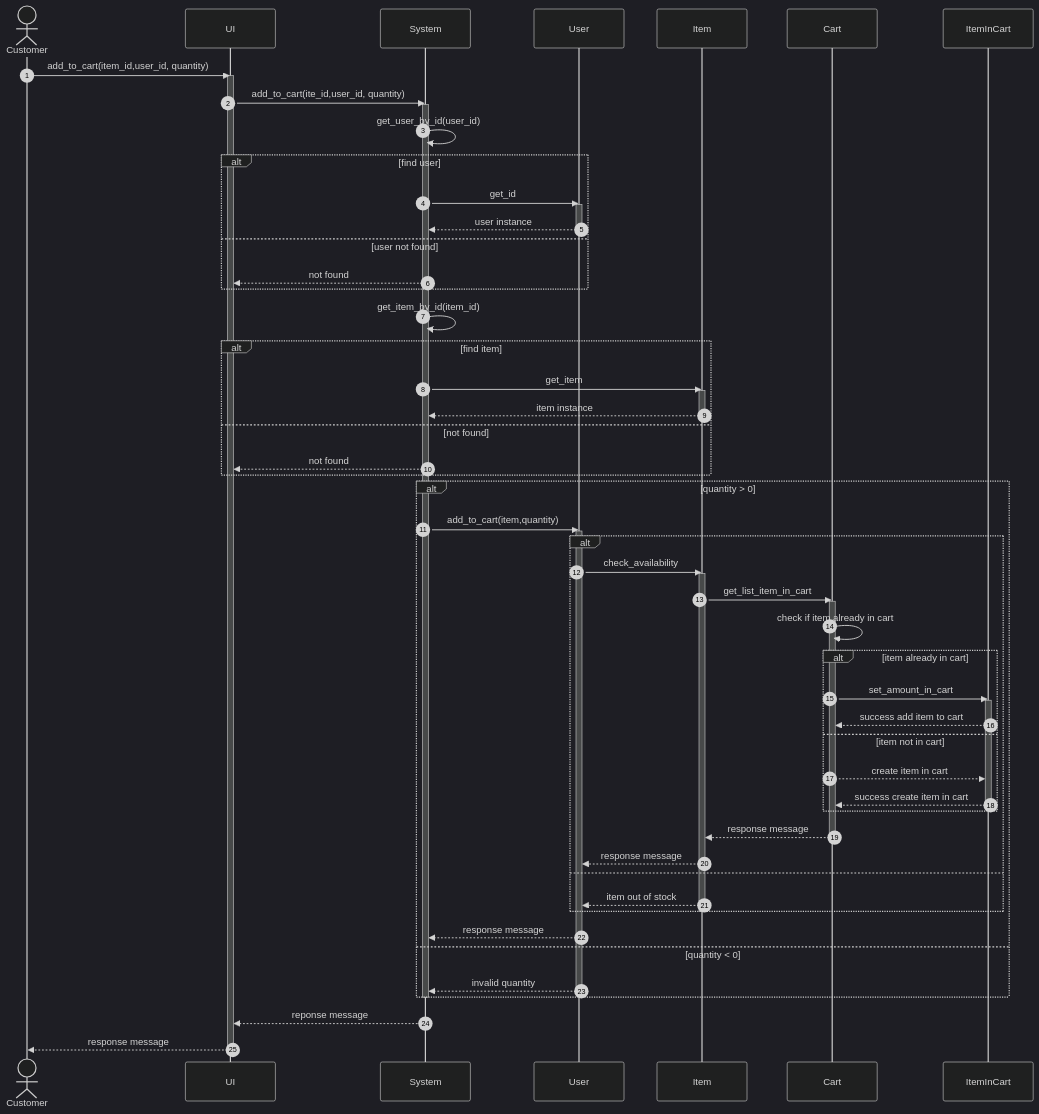
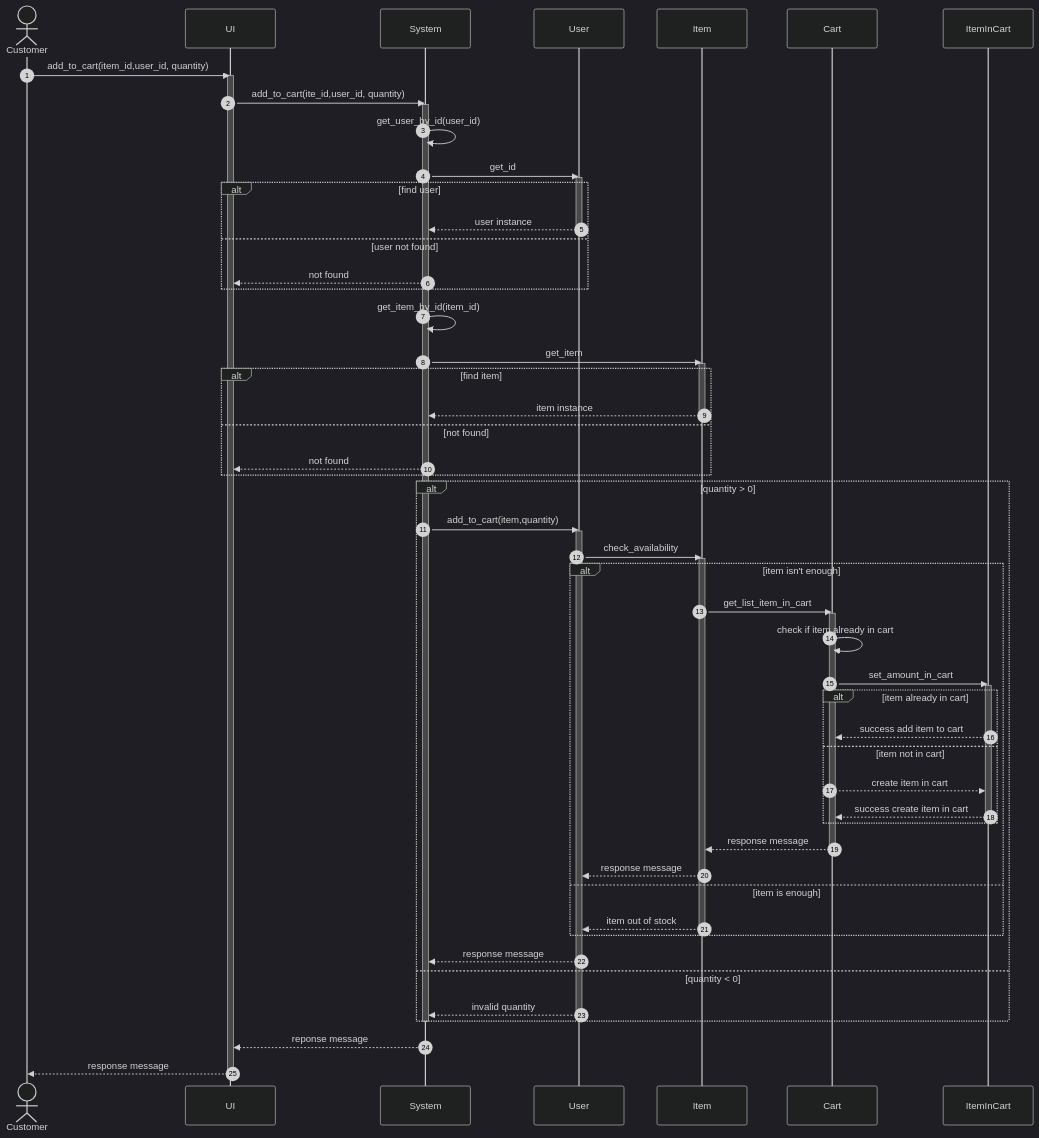
One commit to Bokutosimp/CE_OOP_PROJECT changed the diagram in diagram/sequence/add_item_to_cart.md. Above: the diagram before and after it, drawn with Mermaid. The commit also changed 1 other file, not shown here.

Commit message:
feat: fix diagram and decrease time to shipping

````diff
--- a/diagram/sequence/add_item_to_cart.md
+++ b/diagram/sequence/add_item_to_cart.md
@@ -1,75 +1,75 @@
 ```mermaid
 ---
 config:
   theme: dark
   look: classic
 ---
 
 sequenceDiagram
 autonumber
 
     actor Customer
     participant UI
     participant System
     participant User
     participant Item
     participant Cart
     participant ItemInCart
 
     Customer ->> UI: add_to_cart(item_id,user_id, quantity)
     activate UI
     UI ->> System: add_to_cart(ite_id,user_id, quantity)
     activate System
     System ->> System : get_user_by_id(user_id)
-    alt find user
     System ->> User: get_id
     activate User
+    alt find user
     User -->> System: user instance
     deactivate User
     else user not found
     System -->> UI : not found
     end
     System ->> System :get_item_by_id(item_id)
-    alt find item
     System ->> Item: get_item
     activate Item
+    alt find item
     Item -->> System:item instance
     deactivate Item
     else not found
     System -->> UI : not found
     end
     alt quantity > 0
     System ->> User: add_to_cart(item,quantity)
     activate User
-    alt
     User ->> Item : check_availability
     activate Item
+    alt item isn't enough
     Item ->> Cart: get_list_item_in_cart
     activate Cart
     Cart ->> Cart : check if item already in cart
-    alt item already in cart
     Cart ->> ItemInCart : set_amount_in_cart
     activate ItemInCart
+    alt item already in cart
     ItemInCart -->> Cart : success add item to cart
     else item not in cart
     Cart -->> ItemInCart : create item in cart
     ItemInCart -->> Cart : success create item in cart
     deactivate ItemInCart
     end
     Cart -->> Item: response message
     deactivate Cart
     Item -->> User: response message
-    else
+    else item is enough
     Item -->> User : item out of stock
     end
     deactivate Item
     User -->> System: response message
     else quantity < 0
     User -->> System: invalid quantity
     deactivate User
     end
     deactivate System
     System -->> UI : reponse message
     UI -->> Customer : response message
     deactivate UI
 ```
````
